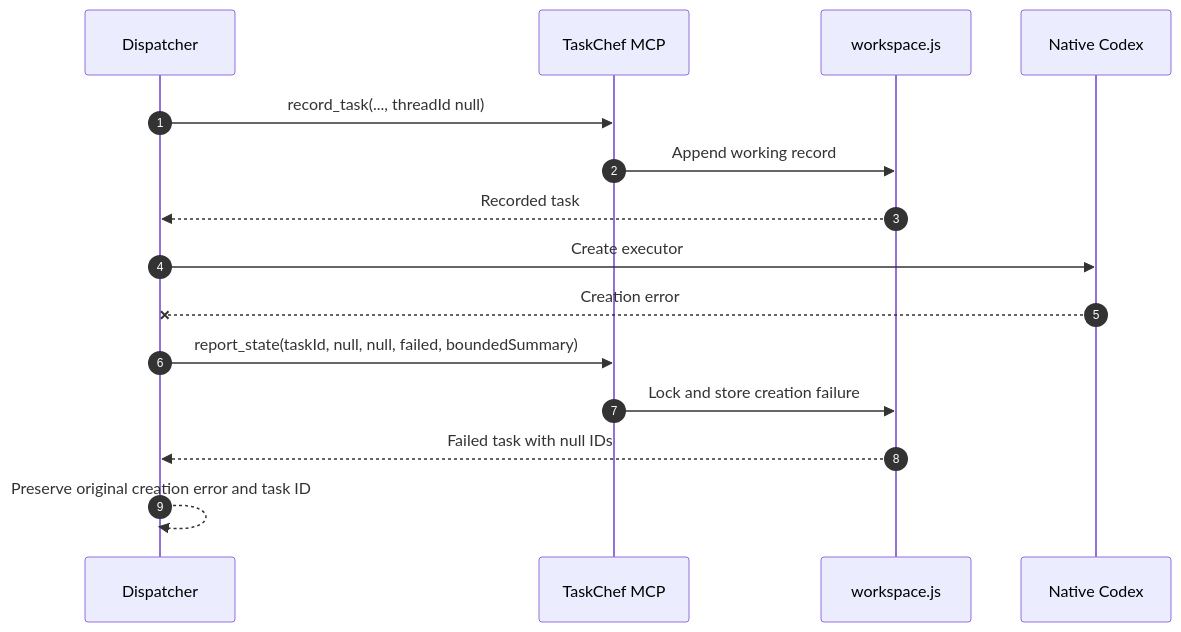
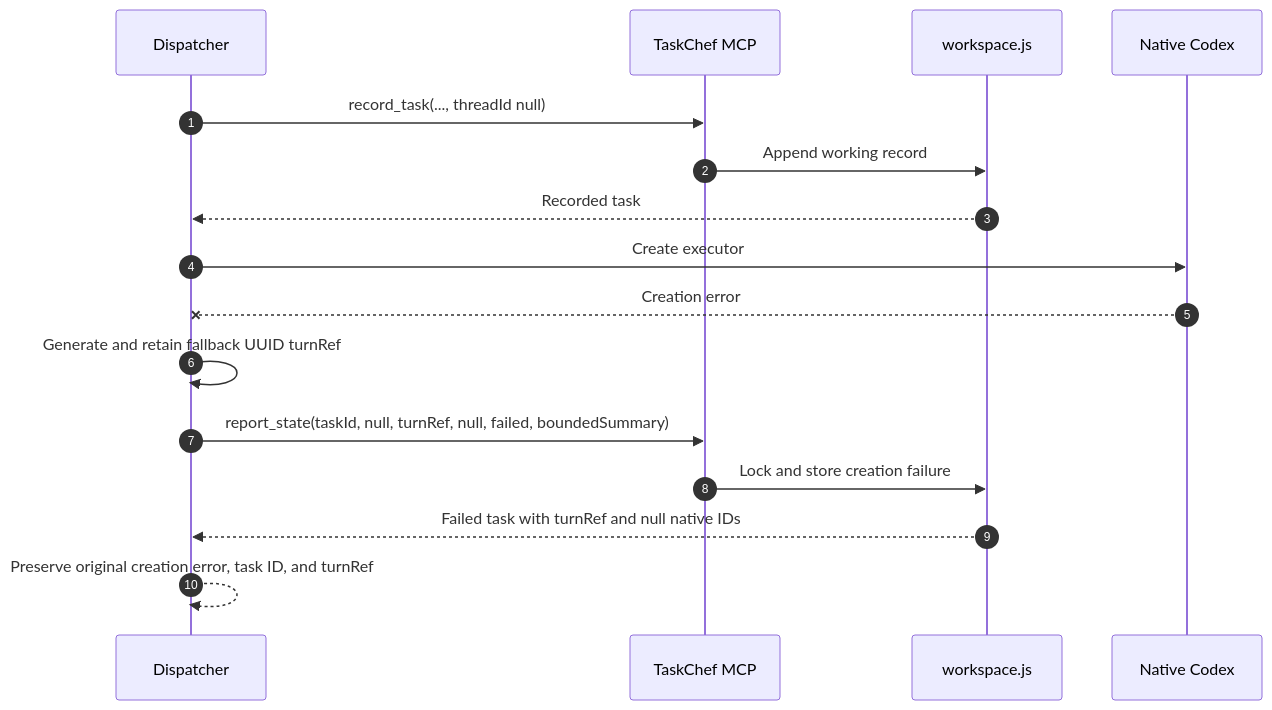
One commit to favoyang/taskchef changed the seventh of 8 diagrams in docs/workflows.md. Above: the diagram before and after it, drawn with Mermaid. The commit also changed other lines of this file and 14 other files, not shown here.

Commit message:
feat: add turnRef lifecycle identity

````diff
--- a/docs/workflows.md
+++ b/docs/workflows.md
@@ -268,17 +275,18 @@
 ```mermaid
 sequenceDiagram
   autonumber
   participant D as Dispatcher
   participant M as TaskChef MCP
   participant W as workspace.js
   participant C as Native Codex
   D->>M: record_task(..., threadId null)
   M->>W: Append working record
   W-->>D: Recorded task
   D->>C: Create executor
   C--xD: Creation error
-  D->>M: report_state(taskId, null, null, failed, boundedSummary)
+  D->>D: Generate and retain fallback UUID turnRef
+  D->>M: report_state(taskId, null, turnRef, null, failed, boundedSummary)
   M->>W: Lock and store creation failure
-  W-->>D: Failed task with null IDs
-  D-->>D: Preserve original creation error and task ID
+  W-->>D: Failed task with turnRef and null native IDs
+  D-->>D: Preserve original creation error, task ID, and turnRef
 ```
````
